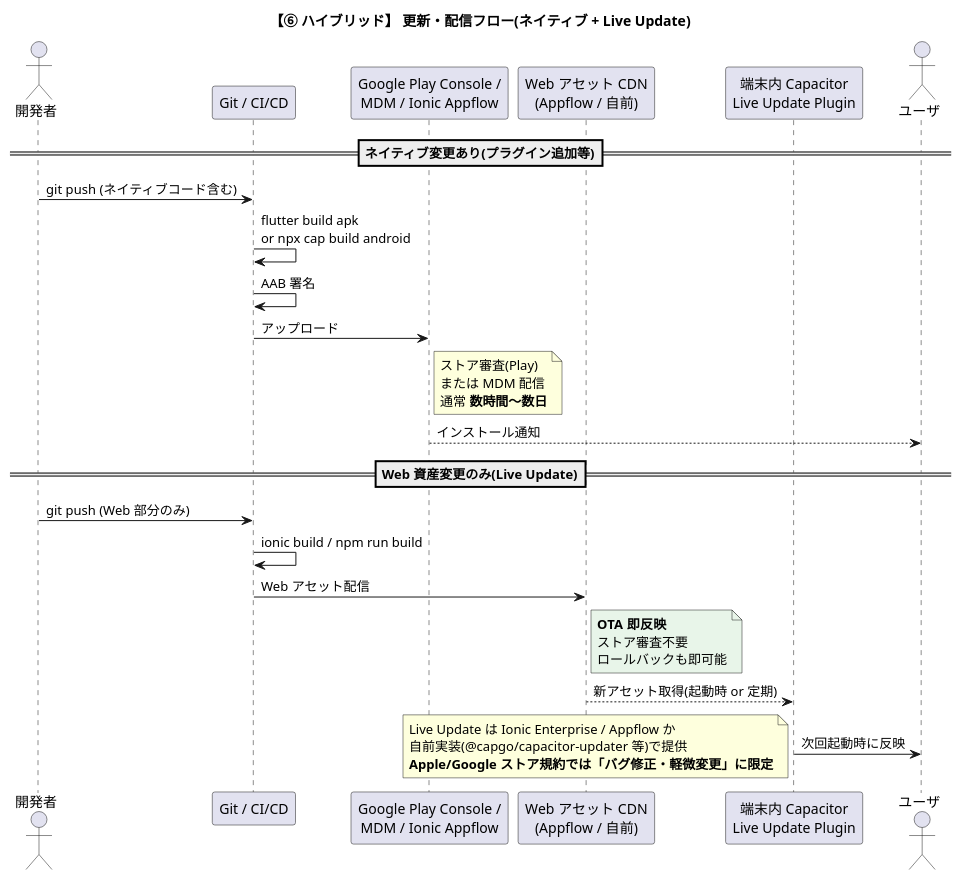
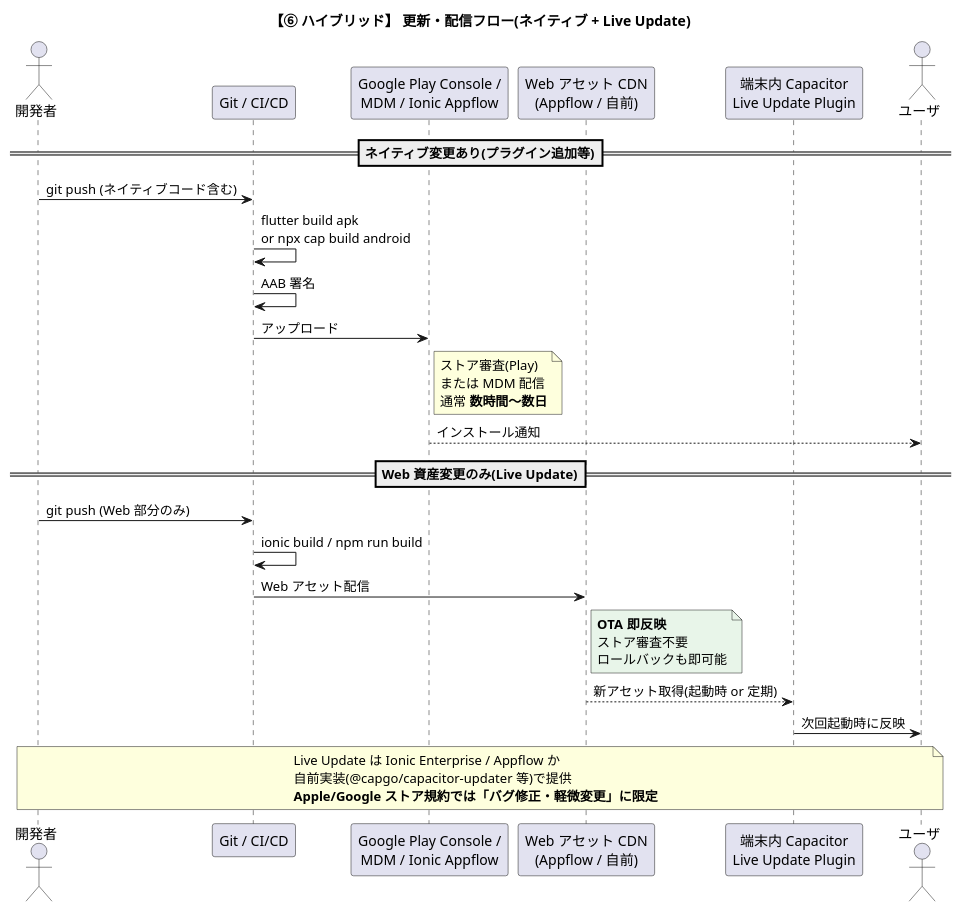
Before and after one commit to m-miyawaki-m/mobile_framework_comparison: the sixth of 8 diagrams in docs/pwa_vs_native/architecture_hybrid.puml, drawn with PlantUML. The commit also changed 2 other files, not shown here.

Commit message:
fix(diagrams): quote Japanese actor names and replace bare note bottom
PlantUML cannot parse non-ASCII identifiers without quotes, and
`note bottom` is invalid at sequence-diagram top level. Both caused
update_distribution diagrams to fail to render.

```diff
--- a/docs/pwa_vs_native/architecture_hybrid.puml
+++ b/docs/pwa_vs_native/architecture_hybrid.puml
@@ -365,44 +365,44 @@
 @startuml 6_hybrid_update_distribution
 
 title 【⑥ ハイブリッド】 更新・配信フロー(ネイティブ + Live Update)
 
 skinparam defaultFontName "Meiryo"
 
-actor 開発者 as Dev
+actor "開発者" as Dev
 participant "Git / CI/CD" as CI
 participant "Google Play Console /\nMDM / Ionic Appflow" as PLAY
 participant "Web アセット CDN\n(Appflow / 自前)" as CDN
 participant "端末内 Capacitor\nLive Update Plugin" as LU
-actor ユーザ as User
+actor "ユーザ" as User
 
 == ネイティブ変更あり(プラグイン追加等)==
 Dev -> CI: git push (ネイティブコード含む)
 CI -> CI: flutter build apk\nor npx cap build android
 CI -> CI: AAB 署名
 CI -> PLAY: アップロード
 note right of PLAY
   ストア審査(Play)
   または MDM 配信
   通常 **数時間〜数日**
 end note
 PLAY --> User: インストール通知
 
 == Web 資産変更のみ(Live Update)==
 Dev -> CI: git push (Web 部分のみ)
 CI -> CI: ionic build / npm run build
 CI -> CDN: Web アセット配信
 note right of CDN #E8F5E9
   **OTA 即反映**
   ストア審査不要
   ロールバックも即可能
 end note
 CDN --> LU: 新アセット取得(起動時 or 定期)
 LU -> User: 次回起動時に反映
 
-note bottom
+note over Dev, User
   Live Update は Ionic Enterprise / Appflow か
   自前実装(@capgo/capacitor-updater 等)で提供
   **Apple/Google ストア規約では「バグ修正・軽微変更」に限定**
 end note
 
 @enduml
```
